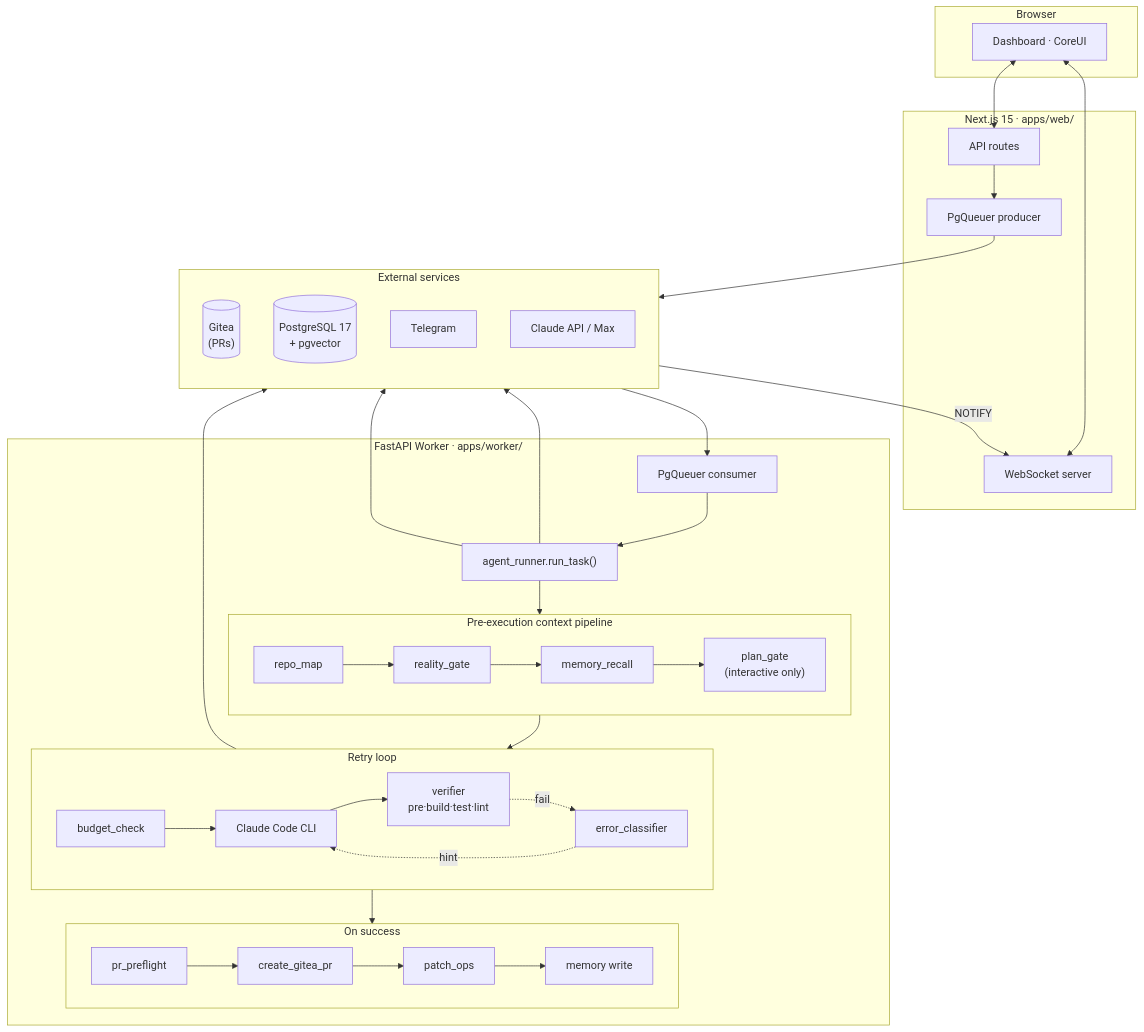
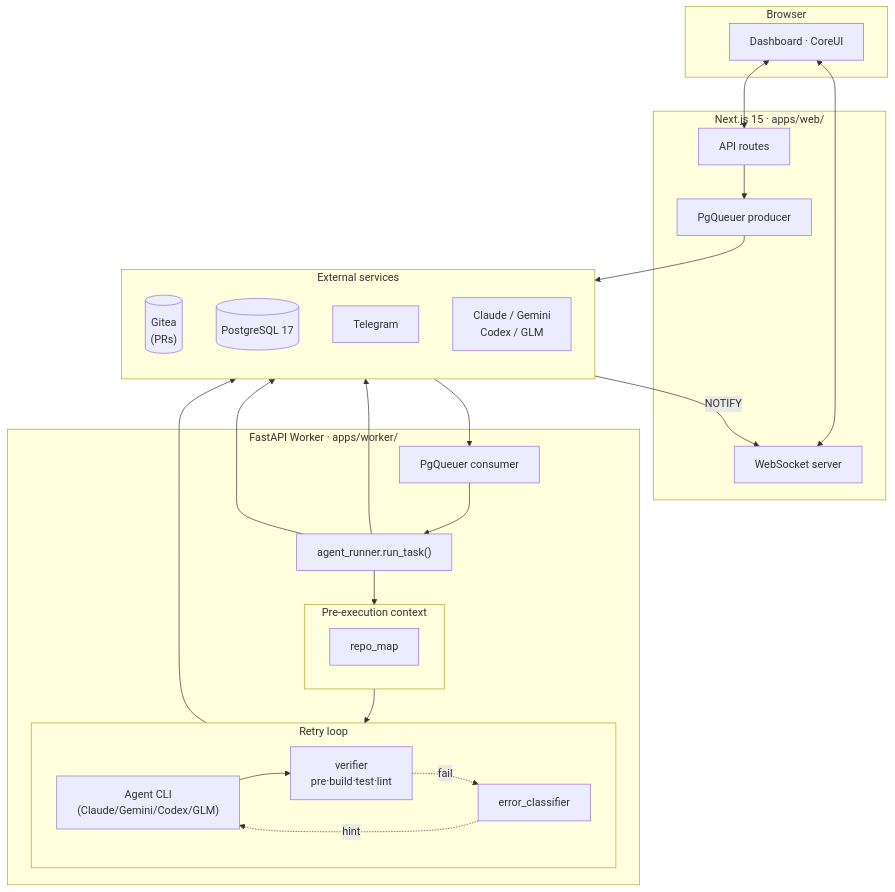
Before and after one commit to sergiovision/DevServer: the diagram in README.md, drawn with Mermaid. The commit also changed other lines of this file and 47 other files, not shown here.

````diff
--- a/README.md
+++ b/README.md
@@ -112,60 +119,47 @@
 ```mermaid
 flowchart TB
   subgraph browser["Browser"]
     Dash["Dashboard · CoreUI"]
   end
 
   subgraph web["Next.js 15 · apps/web/"]
     API["API routes"]
     WS["WebSocket server"]
     Prod["PgQueuer producer"]
   end
 
   subgraph worker["FastAPI Worker · apps/worker/"]
     Cons["PgQueuer consumer"]
     Runner["agent_runner.run_task()"]
-    subgraph ctx["Pre-execution context pipeline"]
+    subgraph ctx["Pre-execution context"]
       direction LR
       RM["repo_map"]
-      RG["reality_gate"]
-      MEM["memory_recall"]
-      PG["plan_gate<br/>(interactive only)"]
-      RM --> RG --> MEM --> PG
     end
     subgraph loop["Retry loop"]
       direction LR
-      CLI["Claude Code CLI"]
+      CLI["Agent CLI<br/>(Claude/Gemini/Codex/GLM)"]
       VER["verifier<br/>pre·build·test·lint"]
       EC["error_classifier"]
-      BC["budget_check"]
-      BC --> CLI --> VER
+      CLI --> VER
       VER -.fail.-> EC -.hint.-> CLI
     end
-    subgraph finish["On success"]
-      direction LR
-      PRE["pr_preflight"]
-      PR["create_gitea_pr"]
-      PAT["patch_ops"]
-      MEMW["memory write"]
-      PRE --> PR --> PAT --> MEMW
-    end
-    Runner --> ctx --> loop --> finish
+    Runner --> ctx --> loop
   end
 
   subgraph ext["External services"]
     direction TB
     Gitea[("Gitea<br/>(PRs)")]
-    PG2[("PostgreSQL 17<br/>+ pgvector")]
+    PG2[("PostgreSQL 17")]
     TG["Telegram"]
-    Claude["Claude API / Max"]
+    Agents["Claude / Gemini<br/>Codex / GLM"]
   end
 
   Dash <--> API
   Dash <--> WS
   API --> Prod --> PG2
   PG2 --> Cons --> Runner
   PG2 -- NOTIFY --> WS
   Runner --> Gitea
   Runner --> TG
-  CLI --> Claude
+  CLI --> Agents
 ```
````
